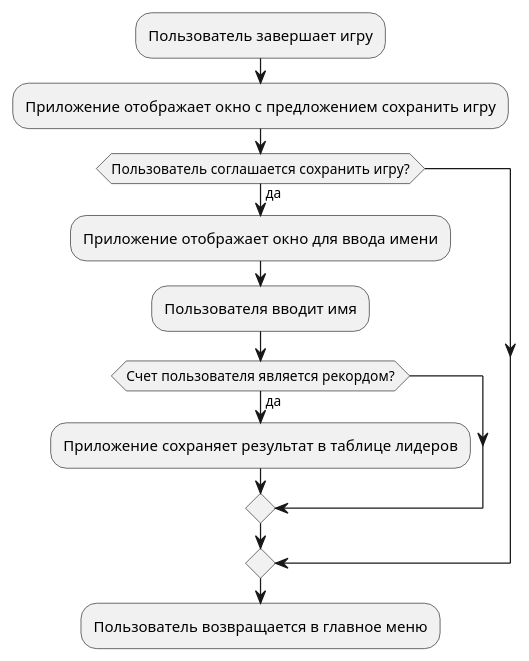
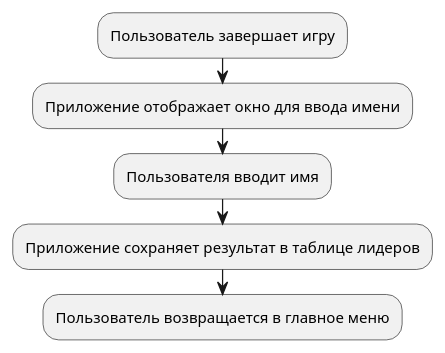
The diagram in docs/6.iuml (DoNik226/software_development), drawn with PlantUML before and after one commit.

```diff
--- a/docs/6.iuml
+++ b/docs/6.iuml
@@ -1,14 +1,7 @@
 @startuml
 :Пользователь завершает игру;
-:Приложение отображает окно с предложением сохранить игру;
-if (Пользователь соглашается сохранить игру?) is (да) then
-  :Приложение отображает окно для ввода имени;
-  :Пользователя вводит имя;
-  if (Счет пользователя является рекордом?) is (да) then
-    :Приложение сохраняет результат в таблице лидеров;
-  else
-  endif
-else
-endif
-  :Пользователь возвращается в главное меню;
+:Приложение отображает окно для ввода имени;
+:Пользователя вводит имя;
+:Приложение сохраняет результат в таблице лидеров;
+:Пользователь возвращается в главное меню;
 @enduml
```
